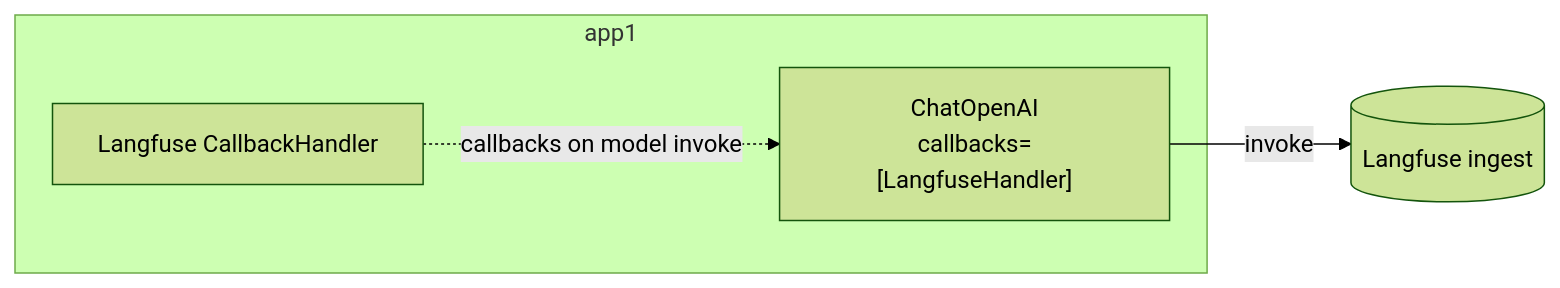
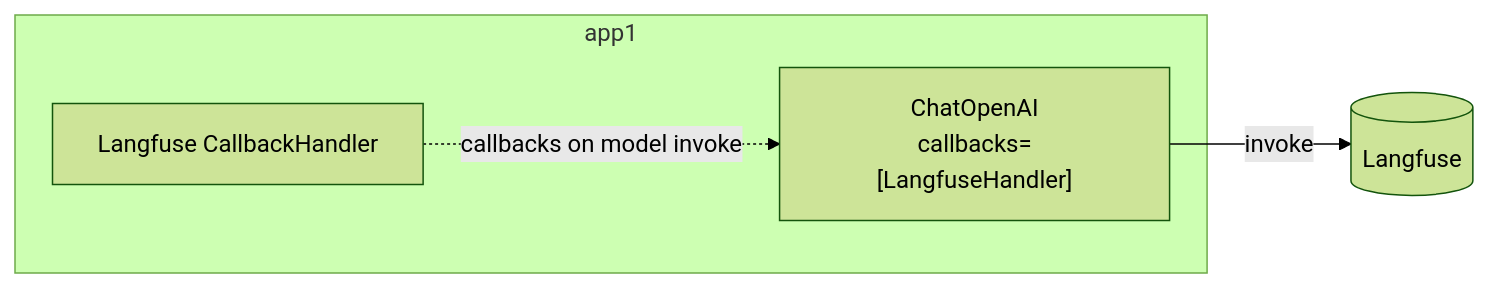
The second of 5 diagrams in doc.md (optimisuke/hello-langfuse-otel), drawn with Mermaid (forest theme) before and after one commit. The commit also changed other lines of this file, not shown here.

````diff
--- a/doc.md
+++ b/doc.md
@@ -55,9 +55,9 @@
 ```mermaid
 flowchart LR
   subgraph app1
     M1["ChatOpenAI<br/>callbacks=[LangfuseHandler]"]
     H1["Langfuse CallbackHandler"]
   end
   H1 -.callbacks on model invoke.-> M1
-  M1 -->|invoke| LF[(Langfuse ingest)]
+  M1 -->|invoke| LF[(Langfuse)]
 ```
````
